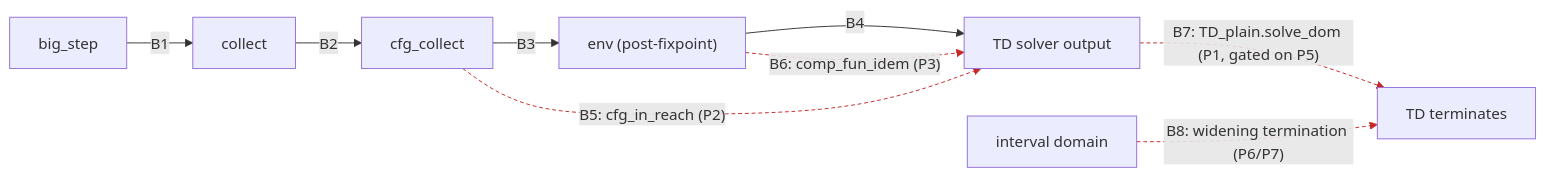
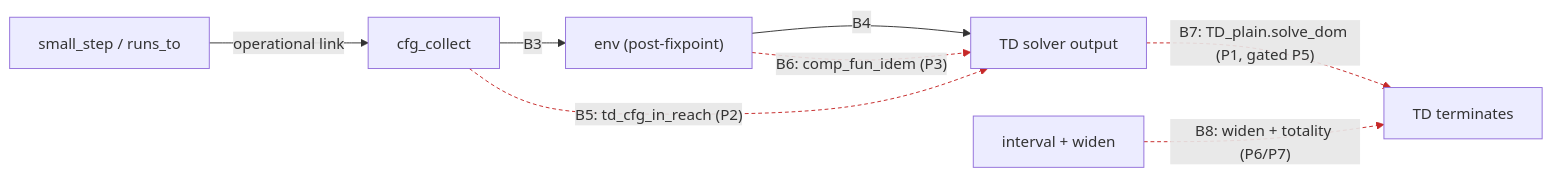
The first of 2 diagrams in README.md (ManuelLerchner/Voblint-Verification-Master-Thesis), drawn with Mermaid before and after one commit. The commit also changed other lines of this file and 17 other files, not shown here.

````diff
--- a/README.md
+++ b/README.md
@@ -20,22 +21,20 @@
 ```mermaid
 flowchart LR
-  BS["big_step"]
-  COL["collect"]
+  SS["small_step / runs_to"]
   CC["cfg_collect"]
   PFP["env (post-fixpoint)"]
   TD["TD solver output"]
   TERM["TD terminates"]
-  IVL["interval domain"]
+  IVL["interval + widen"]
 
-  BS -->|B1| COL
-  COL -->|B2| CC
+  SS -->|"operational link"| CC
   CC -->|B3| PFP
   PFP -->|B4| TD
 
-  CC -.->|"B5: cfg_in_reach (P2)"| TD
+  CC -.->|"B5: td_cfg_in_reach (P2)"| TD
   PFP -.->|"B6: comp_fun_idem (P3)"| TD
-  TD -.->|"B7: TD_plain.solve_dom (P1, gated on P5)"| TERM
-  IVL -.->|"B8: widening termination (P6/P7)"| TERM
+  TD -.->|"B7: TD_plain.solve_dom (P1, gated P5)"| TERM
+  IVL -.->|"B8: widen + totality (P6/P7)"| TERM
 
-  linkStyle 4,5,6,7 stroke:#c62828,stroke-dasharray: 4 3
+  linkStyle 3,4,5,6 stroke:#c62828,stroke-dasharray: 4 3
 ```
````
